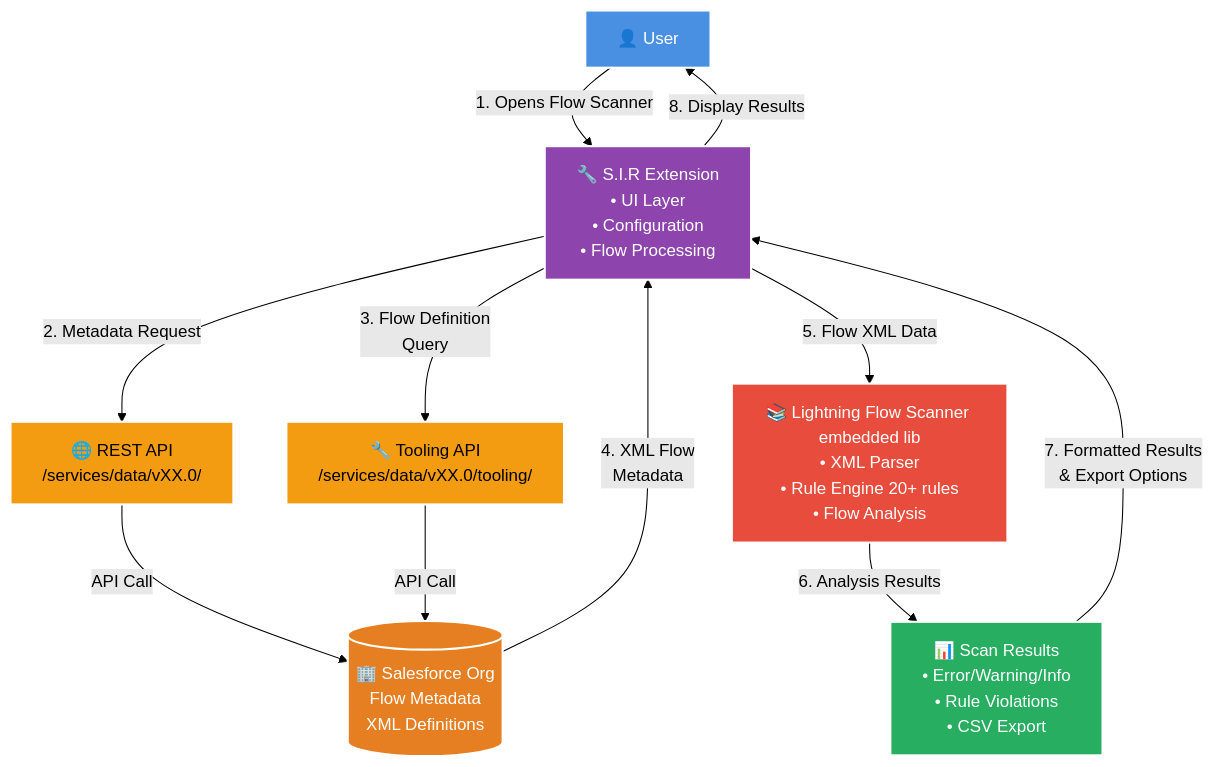
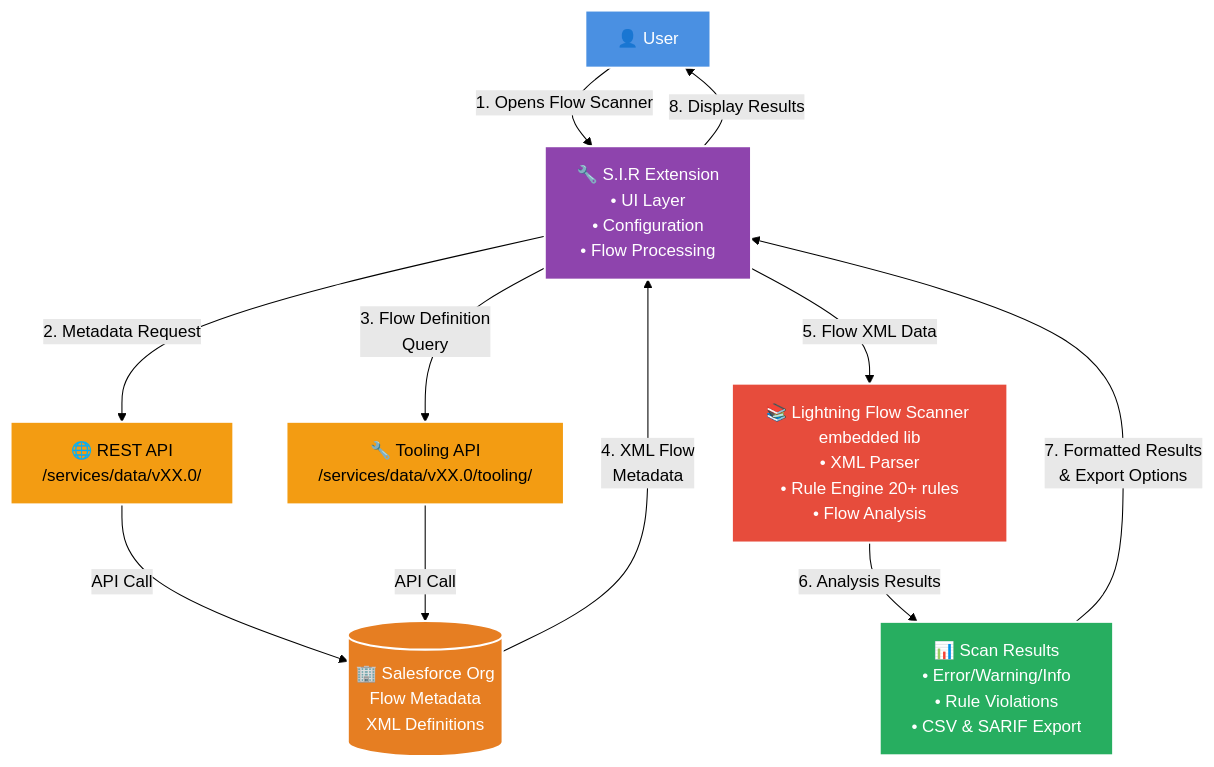
Before and after one commit to RubenHalman/Salesforce-Inspector-reloaded: the diagram in docs/flow-scanner.md, drawn with Mermaid (forest theme). The commit also changed other lines of this file and 2 other files, not shown here.

First line of the commit message:
Flow Scanner: export scan results as SARIF

````diff
--- a/docs/flow-scanner.md
+++ b/docs/flow-scanner.md
@@ -168,34 +167,34 @@
 ```mermaid
 graph TD
     U[👤 User] --> |1. Opens Flow Scanner| EXT[🔧 S.I.R Extension<br/>• UI Layer<br/>• Configuration<br/>• Flow Processing]
 
     EXT --> |2. Metadata Request| REST[🌐 REST API<br/>/services/data/vXX.0/]
     EXT --> |3. Flow Definition<br/>Query| TOOL[🔧 Tooling API<br/>/services/data/vXX.0/tooling/]
 
     REST --> |API Call| SF[(🏢 Salesforce Org<br/>Flow Metadata<br/>XML Definitions)]
     TOOL --> |API Call| SF
 
     SF --> |4. XML Flow<br/>Metadata| EXT
 
     EXT --> |5. Flow XML Data| CORE[📚 Lightning Flow Scanner embedded lib<br/>• XML Parser<br/>• Rule Engine 20+ rules<br/>• Flow Analysis]
 
-    CORE --> |6. Analysis Results| RES[📊 Scan Results<br/>• Error/Warning/Info<br/>• Rule Violations<br/>• CSV Export]
+    CORE --> |6. Analysis Results| RES[📊 Scan Results<br/>• Error/Warning/Info<br/>• Rule Violations<br/>• CSV & SARIF Export]
 
     RES --> |7. Formatted Results<br/>& Export Options| EXT
     EXT --> |8. Display Results| U
 
     %% Dark mode friendly styling
     classDef userClass fill:#4a90e2,stroke:#ffffff,stroke-width:2px,color:#ffffff
     classDef extensionClass fill:#8e44ad,stroke:#ffffff,stroke-width:2px,color:#ffffff
     classDef apiClass fill:#f39c12,stroke:#ffffff,stroke-width:2px,color:#000000
     classDef salesforceClass fill:#e67e22,stroke:#ffffff,stroke-width:2px,color:#ffffff
     classDef coreClass fill:#e74c3c,stroke:#ffffff,stroke-width:2px,color:#ffffff
     classDef resultClass fill:#27ae60,stroke:#ffffff,stroke-width:2px,color:#ffffff
 
     class U userClass
     class EXT extensionClass
     class REST,TOOL apiClass
     class SF salesforceClass
     class CORE coreClass
     class RES resultClass
 ```
````
